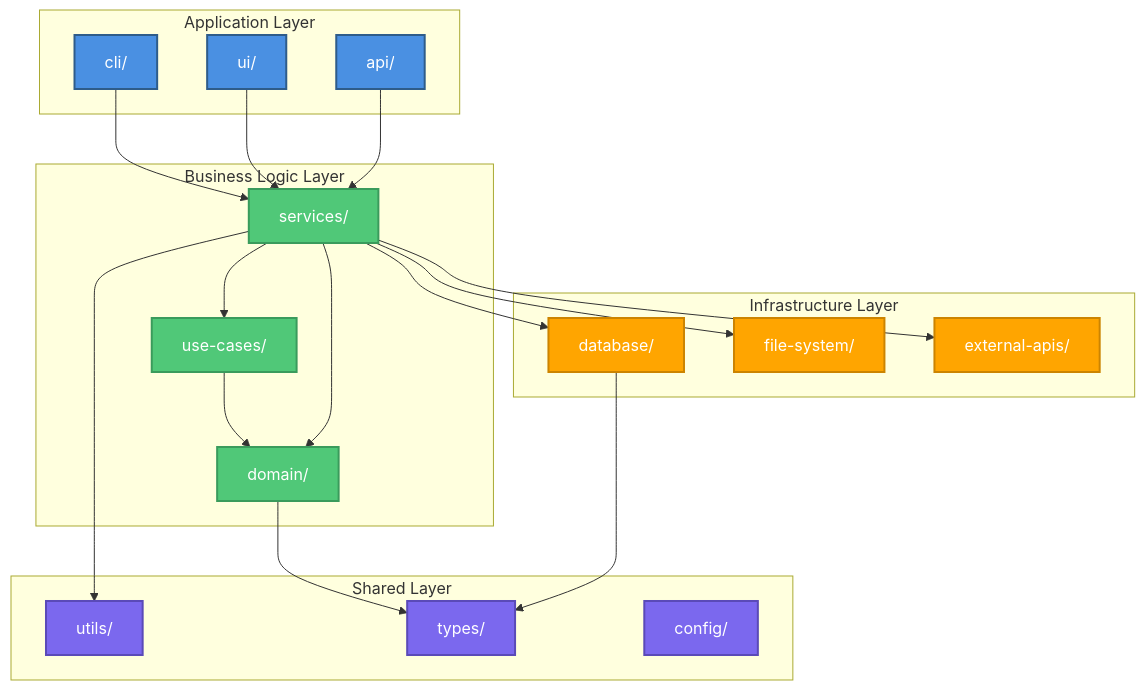
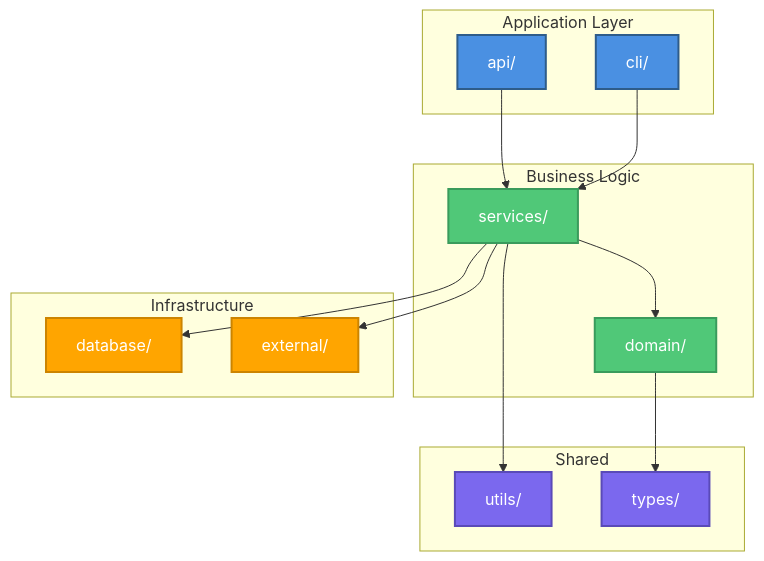
The diagram in templates/architecture-templates/package-diagram-template.md (Duccci/Zenos-Planner), drawn with Mermaid before and after one commit. The commit also changed other lines of this file and 155 other files, not shown here.

````diff
--- a/templates/architecture-templates/package-diagram-template.md
+++ b/templates/architecture-templates/package-diagram-template.md
@@ -15,55 +14,40 @@
 ```mermaid
 graph TB
     subgraph "Application Layer"
         API[api/]
-        UI[ui/]
         CLI[cli/]
     end
-    
-    subgraph "Business Logic Layer"
+
+    subgraph "Business Logic"
         Services[services/]
         Domain[domain/]
-        UseCases[use-cases/]
     end
-    
-    subgraph "Infrastructure Layer"
+
+    subgraph "Infrastructure"
         Database[database/]
-        FileSystem[file-system/]
-        External[external-apis/]
+        External[external/]
     end
-    
-    subgraph "Shared Layer"
+
+    subgraph "Shared"
         Utils[utils/]
         Types[types/]
-        Config[config/]
     end
-    
-    %% Dependencies
+
     API --> Services
-    UI --> Services
     CLI --> Services
-    
     Services --> Domain
-    Services --> UseCases
-    
-    UseCases --> Domain
-    
     Services --> Database
-    Services --> FileSystem
     Services --> External
-    
-    Database --> Types
+    Domain --> Types
     Services --> Utils
-    Domain --> Types
-    
-    %% Styling
-    classDef appLayer fill:#4A90E2,stroke:#2E5C8A,stroke-width:2px,color:#fff
-    classDef bizLayer fill:#50C878,stroke:#3A9B5C,stroke-width:2px,color:#fff
-    classDef infraLayer fill:#FFA500,stroke:#CC8400,stroke-width:2px,color:#fff
-    classDef sharedLayer fill:#7B68EE,stroke:#5A4AB8,stroke-width:2px,color:#fff
-    
-    class API,UI,CLI appLayer
-    class Services,Domain,UseCases bizLayer
-    class Database,FileSystem,External infraLayer
-    class Utils,Types,Config sharedLayer
+
+    classDef app fill:#4A90E2,stroke:#2E5C8A,stroke-width:2px,color:#fff
+    classDef biz fill:#50C878,stroke:#3A9B5C,stroke-width:2px,color:#fff
+    classDef infra fill:#FFA500,stroke:#CC8400,stroke-width:2px,color:#fff
+    classDef shared fill:#7B68EE,stroke:#5A4AB8,stroke-width:2px,color:#fff
+
+    class API,CLI app
+    class Services,Domain biz
+    class Database,External infra
+    class Utils,Types shared
 ```
````
